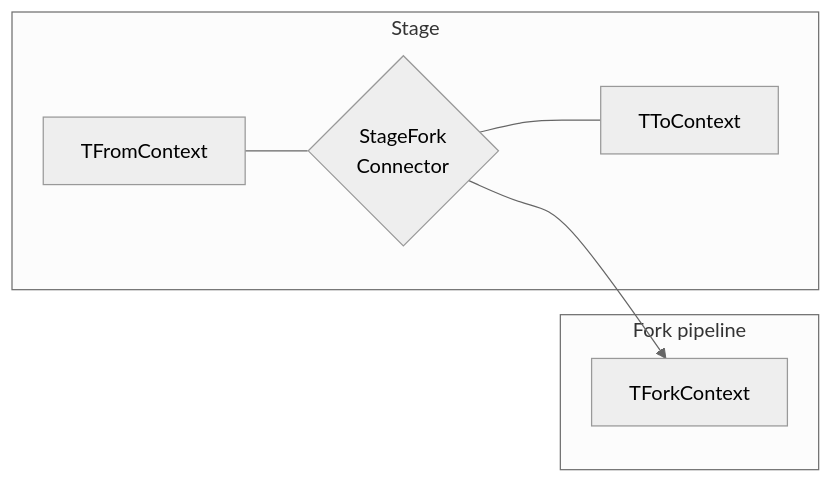
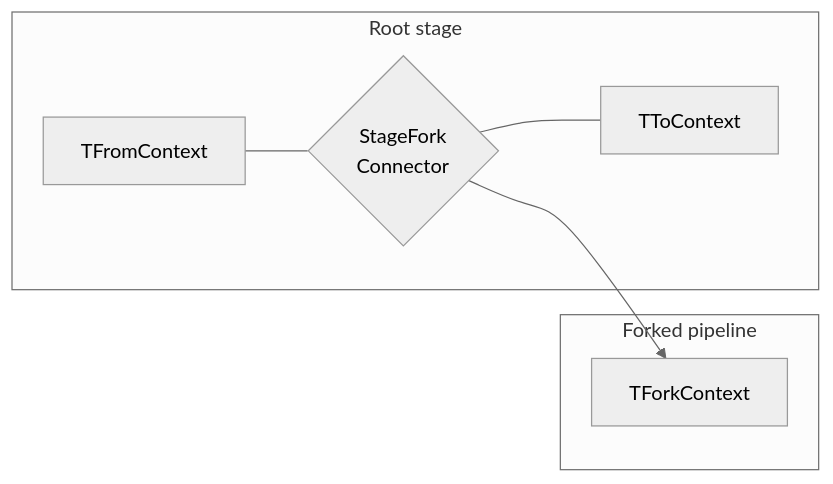
The second of 2 diagrams in nservicebus/pipeline/steps-stages-connectors_connectors_core_[6.0,).partial.md (Particular/docs.particular.net), drawn with Mermaid (neutral theme) before and after one commit. The commit also changed other lines of this file and 1 other file, not shown here.

````diff
--- a/nservicebus/pipeline/steps-stages-connectors_connectors_core_[6.0,).partial.md
+++ b/nservicebus/pipeline/steps-stages-connectors_connectors_core_[6.0,).partial.md
@@ -35,10 +26,10 @@
 ```mermaid
 graph LR
-subgraph Stage
+subgraph Root stage
     A[TFromContext] --- B{StageFork<br/>Connector}
     B --- C[TToContext]
 end
-subgraph Fork pipeline
+subgraph Forked pipeline
    B --> D[TForkContext]
 end
 ```
````
